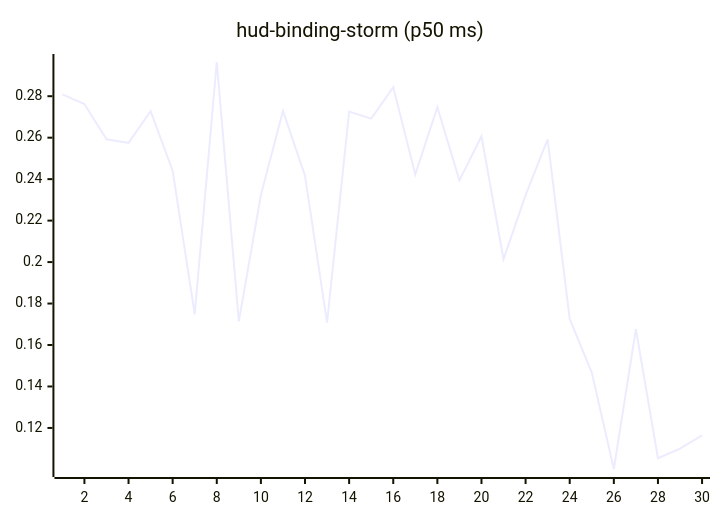
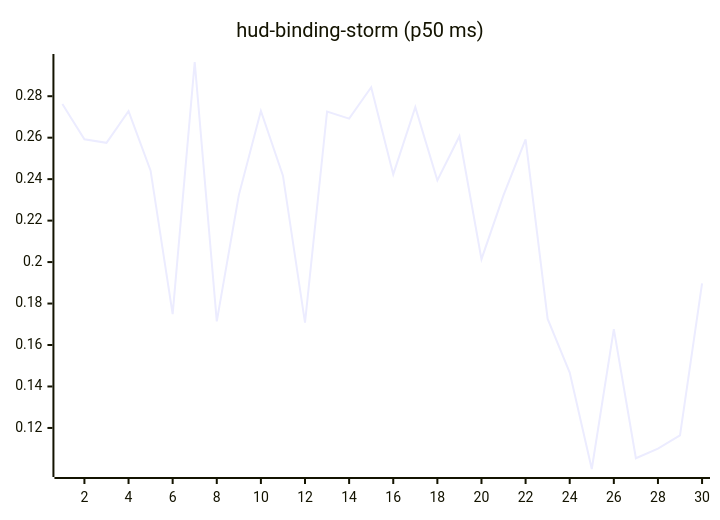
Before and after one commit to josha/Facet: the tenth of 27 diagrams in README.md, drawn with Mermaid. The commit also changed other lines of this file and 2 other files, not shown here.

````diff
--- a/README.md
+++ b/README.md
@@ -126,6 +126,6 @@
 ```mermaid
 xychart-beta
     title "hud-binding-storm (p50 ms)"
     x-axis 1 --> 30
-    line [0.2809, 0.2762, 0.2592, 0.2575, 0.2728, 0.2441, 0.1749, 0.2965, 0.1714, 0.2323, 0.2729, 0.2417, 0.1708, 0.2726, 0.2692, 0.2843, 0.2423, 0.2747, 0.2394, 0.2607, 0.2014, 0.2323, 0.2592, 0.1726, 0.1467, 0.1002, 0.1677, 0.1054, 0.1100, 0.1164]
+    line [0.2762, 0.2592, 0.2575, 0.2728, 0.2441, 0.1749, 0.2965, 0.1714, 0.2323, 0.2729, 0.2417, 0.1708, 0.2726, 0.2692, 0.2843, 0.2423, 0.2747, 0.2394, 0.2607, 0.2014, 0.2323, 0.2592, 0.1726, 0.1467, 0.1002, 0.1677, 0.1054, 0.1100, 0.1164, 0.1897]
 ```
````
